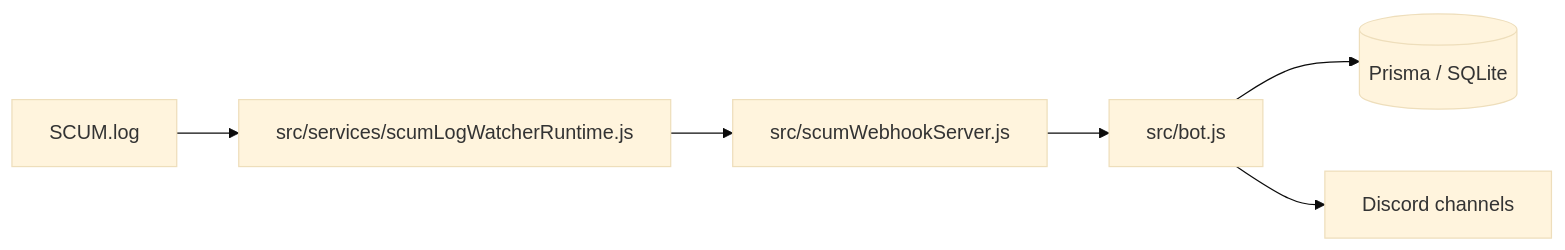
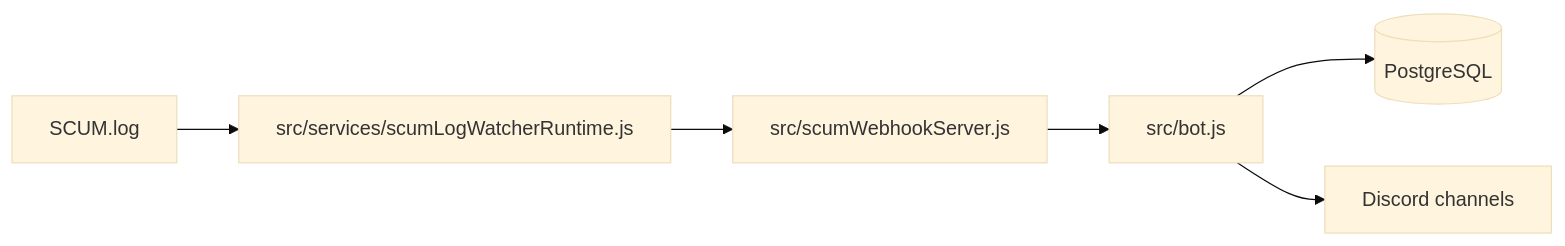
The second of 3 diagrams in docs/ARCHITECTURE.md (kogawz1997/new), drawn with Mermaid (base theme) before and after one commit. The commit also changed other lines of this file and 2033 other files, not shown here.

First line of the commit message:
Add PostgreSQL data dir and update CI/docs

````diff
--- a/docs/ARCHITECTURE.md
+++ b/docs/ARCHITECTURE.md
@@ -52,8 +52,8 @@
 ```mermaid
 flowchart LR
   A[SCUM.log] --> B[src/services/scumLogWatcherRuntime.js]
   B --> C[src/scumWebhookServer.js]
   C --> D[src/bot.js]
-  D --> E[(Prisma / SQLite)]
+  D --> E[(PostgreSQL)]
   D --> F[Discord channels]
 ```
````
